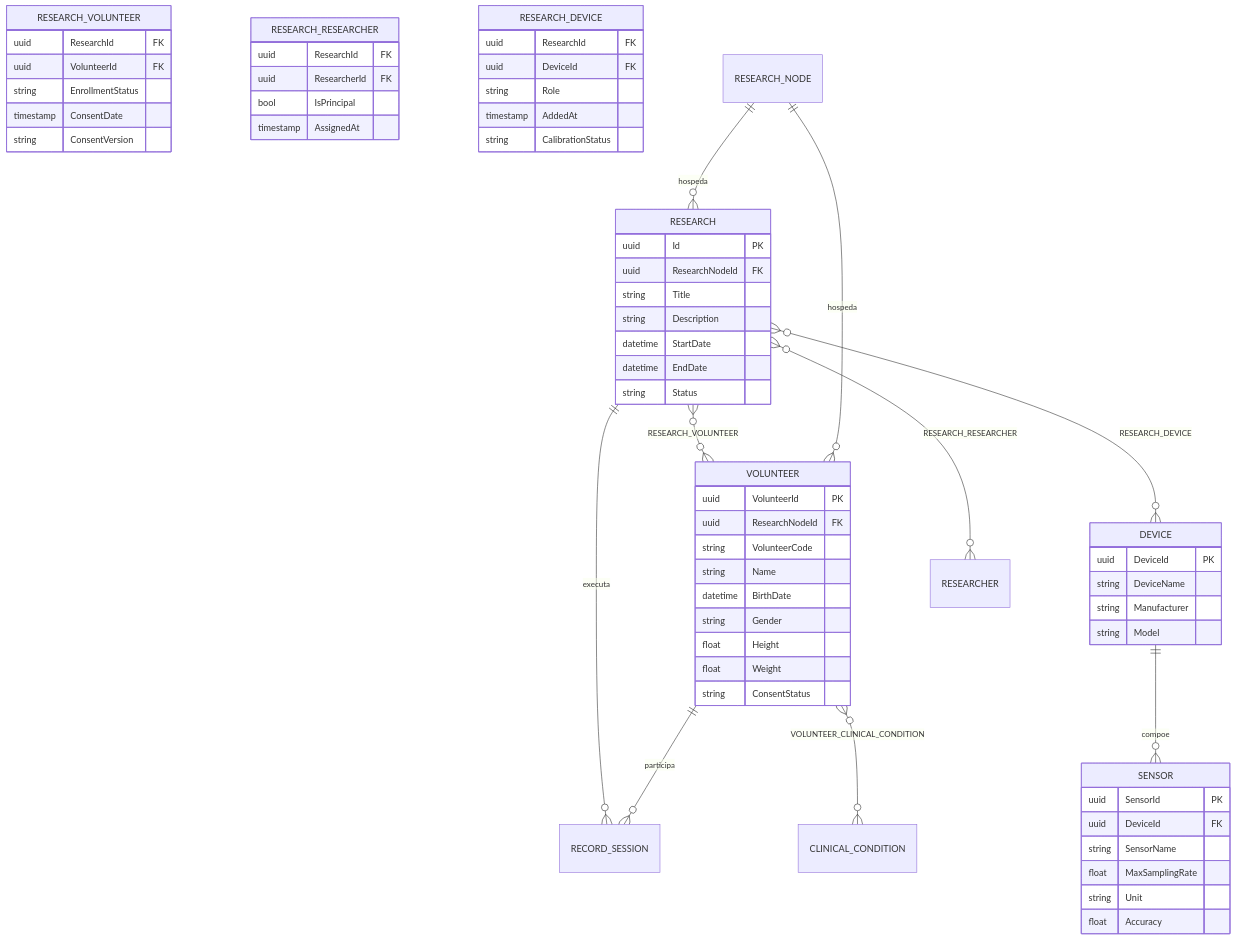
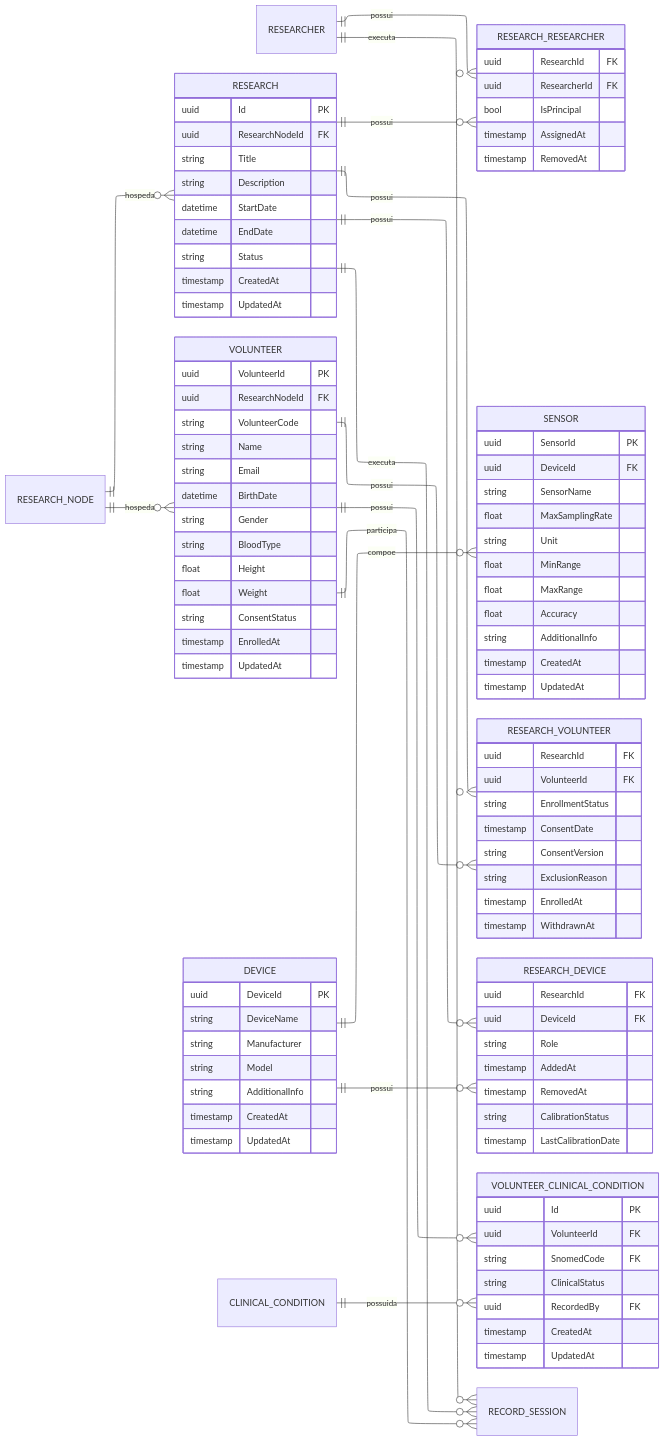
One commit to VitorAndTxr/TCC-Vitor changed the diagram in figuras/Desenvolvimento/NPI/modeloDados-familia-pesquisa.mmd. Above: the diagram before and after it, drawn with Mermaid. The commit also changed 17 other files, not shown here.

```diff
--- a/figuras/Desenvolvimento/NPI/modeloDados-familia-pesquisa.mmd
+++ b/figuras/Desenvolvimento/NPI/modeloDados-familia-pesquisa.mmd
@@ -1,84 +1,132 @@
+---
+config:
+  layout: elk
+---
 erDiagram
+    direction LR
     %% ============================================================
     %% Familia 2: Pesquisa
     %% ============================================================
+    RESEARCHER { }
+
+
+
+    RESEARCH_RESEARCHER {
+        uuid ResearchId FK
+        uuid ResearcherId FK
+        bool IsPrincipal
+        timestamp AssignedAt
+        timestamp RemovedAt
+    }
 
     RESEARCH {
         uuid Id PK
         uuid ResearchNodeId FK
         string Title
         string Description
         datetime StartDate
         datetime EndDate
         string Status
+        timestamp CreatedAt
+        timestamp UpdatedAt
     }
+    
 
     VOLUNTEER {
         uuid VolunteerId PK
         uuid ResearchNodeId FK
         string VolunteerCode
         string Name
+        string Email
         datetime BirthDate
         string Gender
+        string BloodType
         float Height
         float Weight
         string ConsentStatus
+        timestamp EnrolledAt
+        timestamp UpdatedAt
     }
+    RESEARCH_NODE { }
 
     DEVICE {
         uuid DeviceId PK
         string DeviceName
         string Manufacturer
         string Model
+        string AdditionalInfo
+        timestamp CreatedAt
+        timestamp UpdatedAt
     }
 
     SENSOR {
         uuid SensorId PK
         uuid DeviceId FK
         string SensorName
         float MaxSamplingRate
         string Unit
+        float MinRange
+        float MaxRange
         float Accuracy
+        string AdditionalInfo
+        timestamp CreatedAt
+        timestamp UpdatedAt
     }
 
     RESEARCH_VOLUNTEER {
         uuid ResearchId FK
         uuid VolunteerId FK
         string EnrollmentStatus
         timestamp ConsentDate
         string ConsentVersion
+        string ExclusionReason
+        timestamp EnrolledAt
+        timestamp WithdrawnAt
     }
 
-    RESEARCH_RESEARCHER {
-        uuid ResearchId FK
-        uuid ResearcherId FK
-        bool IsPrincipal
-        timestamp AssignedAt
-    }
+
 
     RESEARCH_DEVICE {
         uuid ResearchId FK
         uuid DeviceId FK
         string Role
         timestamp AddedAt
+        timestamp RemovedAt
         string CalibrationStatus
+        timestamp LastCalibrationDate
+    }
+
+    VOLUNTEER_CLINICAL_CONDITION {
+        uuid Id PK
+        uuid VolunteerId FK
+        string SnomedCode FK
+        string ClinicalStatus
+        uuid RecordedBy FK
+        timestamp CreatedAt
+        timestamp UpdatedAt
     }
 
     %% Entidades de outras familias citadas em relacionamentos
-    RESEARCH_NODE { }
-    RESEARCHER { }
+
     RECORD_SESSION { }
     CLINICAL_CONDITION { }
 
     %% Relacionamentos internos
-    RESEARCH }o--o{ VOLUNTEER : RESEARCH_VOLUNTEER
-    RESEARCH }o--o{ DEVICE : RESEARCH_DEVICE
+    RESEARCH ||--o{  RESEARCH_VOLUNTEER : possui
+    VOLUNTEER ||--o{ RESEARCH_VOLUNTEER : possui
+    RESEARCH ||--o{ RESEARCH_DEVICE: possui
+    DEVICE ||--o{ RESEARCH_DEVICE: possui
     DEVICE ||--o{ SENSOR : compoe
 
     %% Relacionamentos com outras familias
     RESEARCH_NODE ||--o{ RESEARCH : hospeda
     RESEARCH_NODE ||--o{ VOLUNTEER : hospeda
-    RESEARCH }o--o{ RESEARCHER : RESEARCH_RESEARCHER
+    RESEARCH ||--o{ RESEARCH_RESEARCHER : possui
+    RESEARCHER ||--o{ RESEARCH_RESEARCHER: possui
+    RESEARCHER ||--o{ RECORD_SESSION: executa
+
     RESEARCH ||--o{ RECORD_SESSION : executa
     VOLUNTEER ||--o{ RECORD_SESSION : participa
-    VOLUNTEER }o--o{ CLINICAL_CONDITION : VOLUNTEER_CLINICAL_CONDITION
+
+    VOLUNTEER ||--o{ VOLUNTEER_CLINICAL_CONDITION : possui
+    CLINICAL_CONDITION ||--o{ VOLUNTEER_CLINICAL_CONDITION : possuida
```
